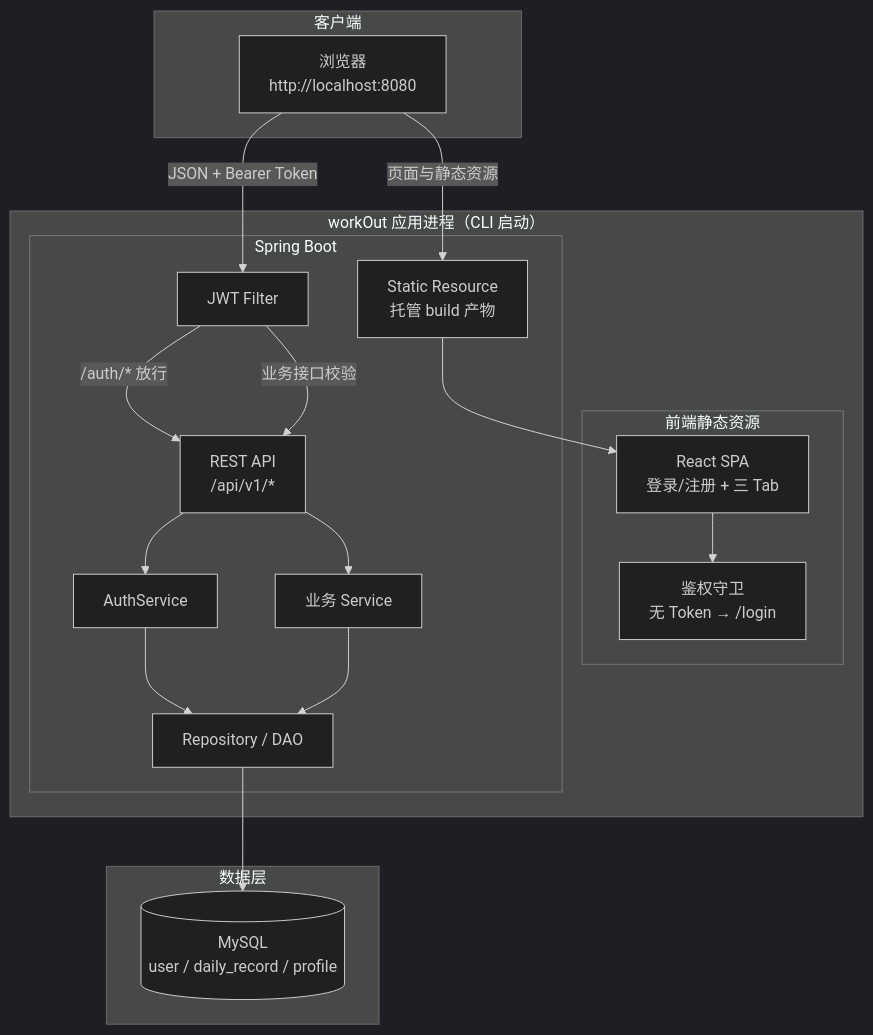
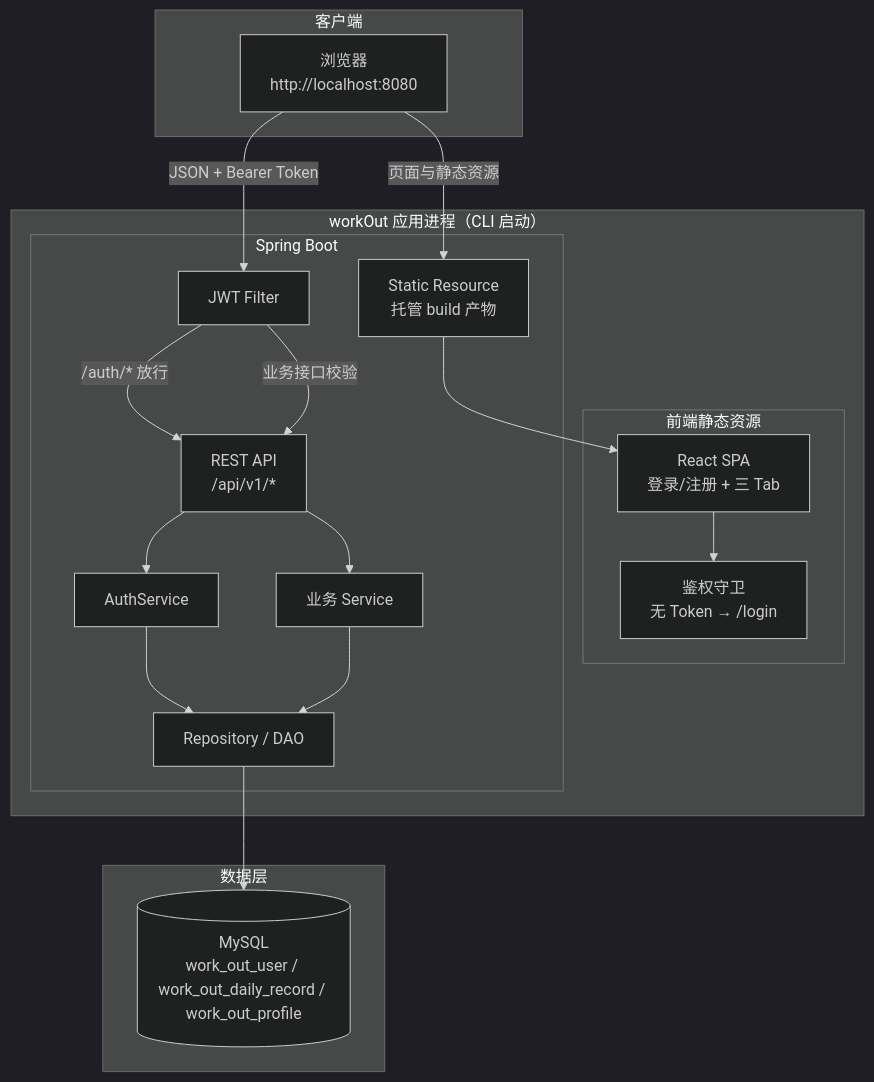
Before and after one commit to lippchan-cloud/workOut: the first of 11 diagrams in doc/workOut-技术架构.md, drawn with Mermaid (dark theme). The commit also changed other lines of this file and 75 other files, not shown here.

Commit message:
refactor(backend): re-layer modules and prefix tables with work_out

````diff
--- a/doc/workOut-技术架构.md
+++ b/doc/workOut-技术架构.md
@@ -18,37 +18,37 @@
 ```mermaid
 flowchart TB
   subgraph Client["客户端"]
     Browser["浏览器<br/>http://localhost:8080"]
   end
 
   subgraph App["workOut 应用进程（CLI 启动）"]
     subgraph FE["前端静态资源"]
       React["React SPA<br/>登录/注册 + 三 Tab"]
       Guard["鉴权守卫<br/>无 Token → /login"]
     end
     subgraph BE["Spring Boot"]
       Static["Static Resource<br/>托管 build 产物"]
       AuthFilter["JWT Filter"]
       API["REST API<br/>/api/v1/*"]
       AuthSvc["AuthService"]
       Service["业务 Service"]
       Repo["Repository / DAO"]
     end
   end
 
   subgraph Data["数据层"]
-    MySQL[("MySQL<br/>user / daily_record / profile")]
+    MySQL[("MySQL<br/>work_out_user / work_out_daily_record / work_out_profile")]
   end
 
   Browser -->|页面与静态资源| Static
   Static --> React
   React --> Guard
   Browser -->|JSON + Bearer Token| AuthFilter
   AuthFilter -->|/auth/* 放行| API
   AuthFilter -->|业务接口校验| API
   API --> AuthSvc
   API --> Service
   AuthSvc --> Repo
   Service --> Repo
   Repo --> MySQL
 ```
````
